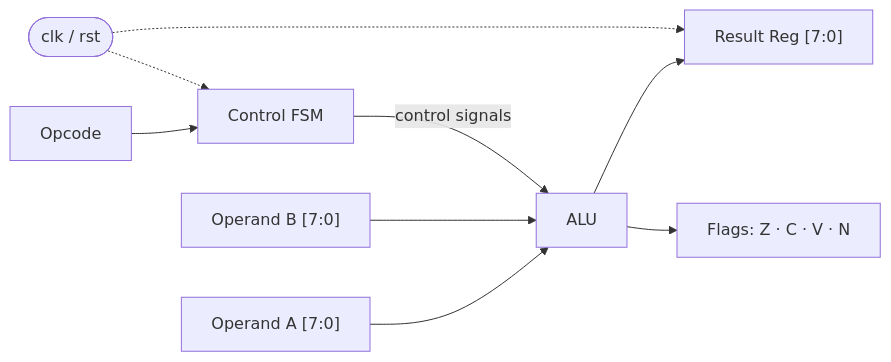
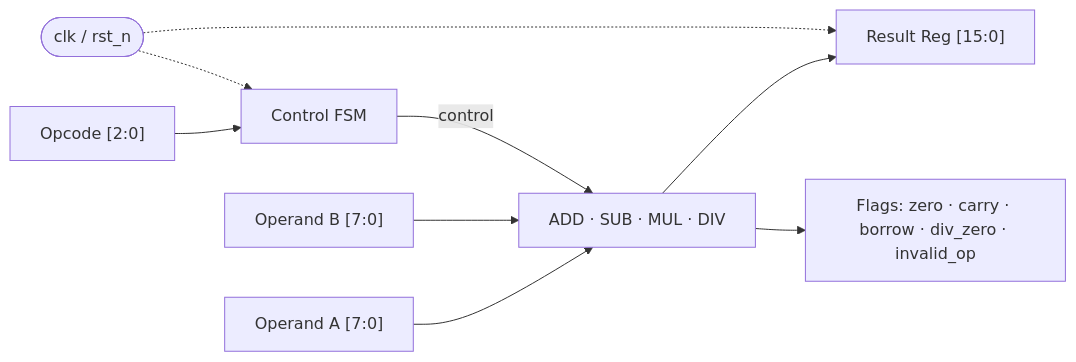
The first of 2 diagrams in README.md (ShamanSinghMultani/8-Bit-Calculator-RTL-GDS-), drawn with Mermaid before and after one commit. The commit also changed other lines of this file, not shown here.

````diff
--- a/README.md
+++ b/README.md
@@ -38,11 +35,11 @@
 ```mermaid
 flowchart LR
-    A["Operand A [7:0]"] --> ALU
-    B["Operand B [7:0]"] --> ALU
-    OP["Opcode"] --> FSM["Control FSM"]
-    FSM -->|"control signals"| ALU["ALU"]
-    ALU --> R["Result Reg [7:0]"]
-    ALU --> F["Flags: Z · C · V · N"]
-    CLK(["clk / rst"]) -.-> FSM
+    A["Operand A [7:0]"] --> U["ADD · SUB · MUL · DIV"]
+    B["Operand B [7:0]"] --> U
+    OP["Opcode [2:0]"] --> FSM["Control FSM"]
+    FSM -->|"control"| U
+    U --> R["Result Reg [15:0]"]
+    U --> F["Flags: zero · carry · borrow · div_zero · invalid_op"]
+    CLK(["clk / rst_n"]) -.-> FSM
     CLK -.-> R
 ```
````
